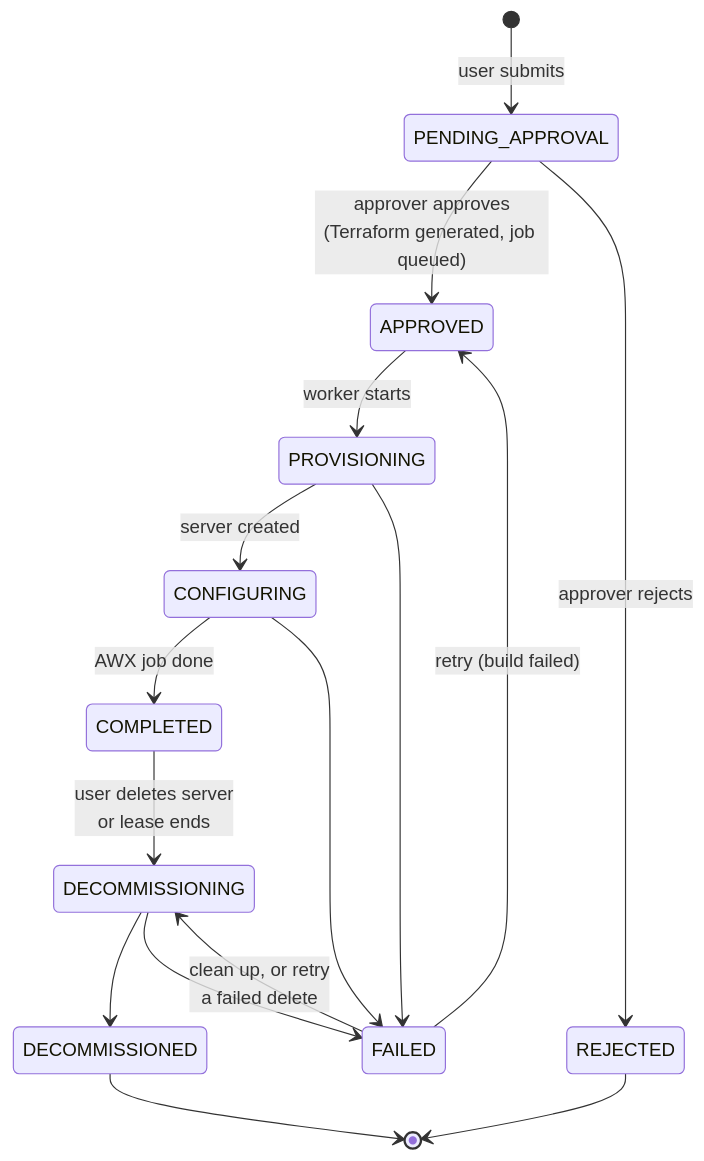
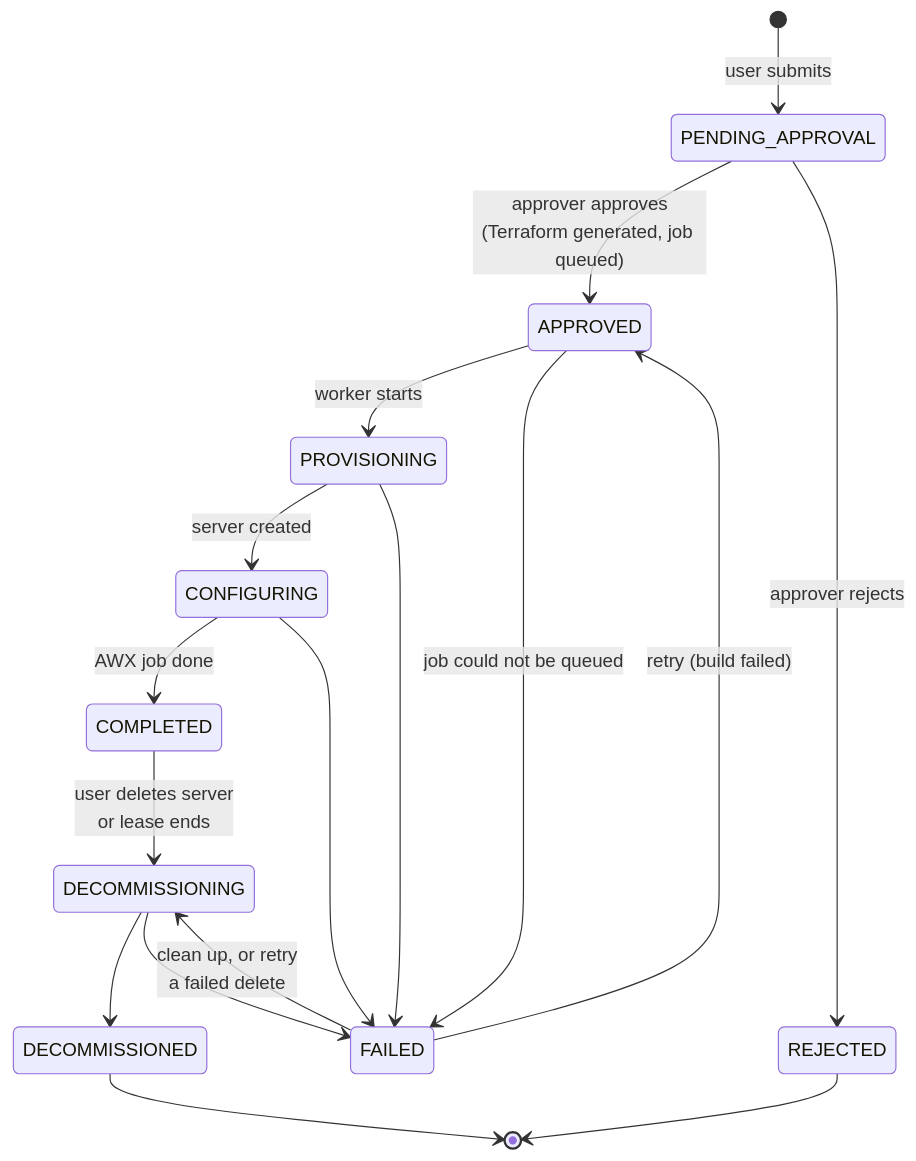
The second of 4 diagrams in docs/architecture.md (Muthujar/infra-portal), drawn with Mermaid before and after one commit. The commit also changed other lines of this file and 12 other files, not shown here.

````diff
--- a/docs/architecture.md
+++ b/docs/architecture.md
@@ -50,18 +50,19 @@
 ```mermaid
 stateDiagram-v2
     [*] --> PENDING_APPROVAL: user submits
     PENDING_APPROVAL --> APPROVED: approver approves<br/>(Terraform generated, job queued)
     PENDING_APPROVAL --> REJECTED: approver rejects
     APPROVED --> PROVISIONING: worker starts
+    APPROVED --> FAILED: job could not be queued
     PROVISIONING --> CONFIGURING: server created
     PROVISIONING --> FAILED
     CONFIGURING --> COMPLETED: AWX job done
     CONFIGURING --> FAILED
     FAILED --> APPROVED: retry (build failed)
     FAILED --> DECOMMISSIONING: clean up, or retry<br/>a failed delete
     COMPLETED --> DECOMMISSIONING: user deletes server<br/>or lease ends
     DECOMMISSIONING --> DECOMMISSIONED
     DECOMMISSIONING --> FAILED
     REJECTED --> [*]
     DECOMMISSIONED --> [*]
 ```
````
